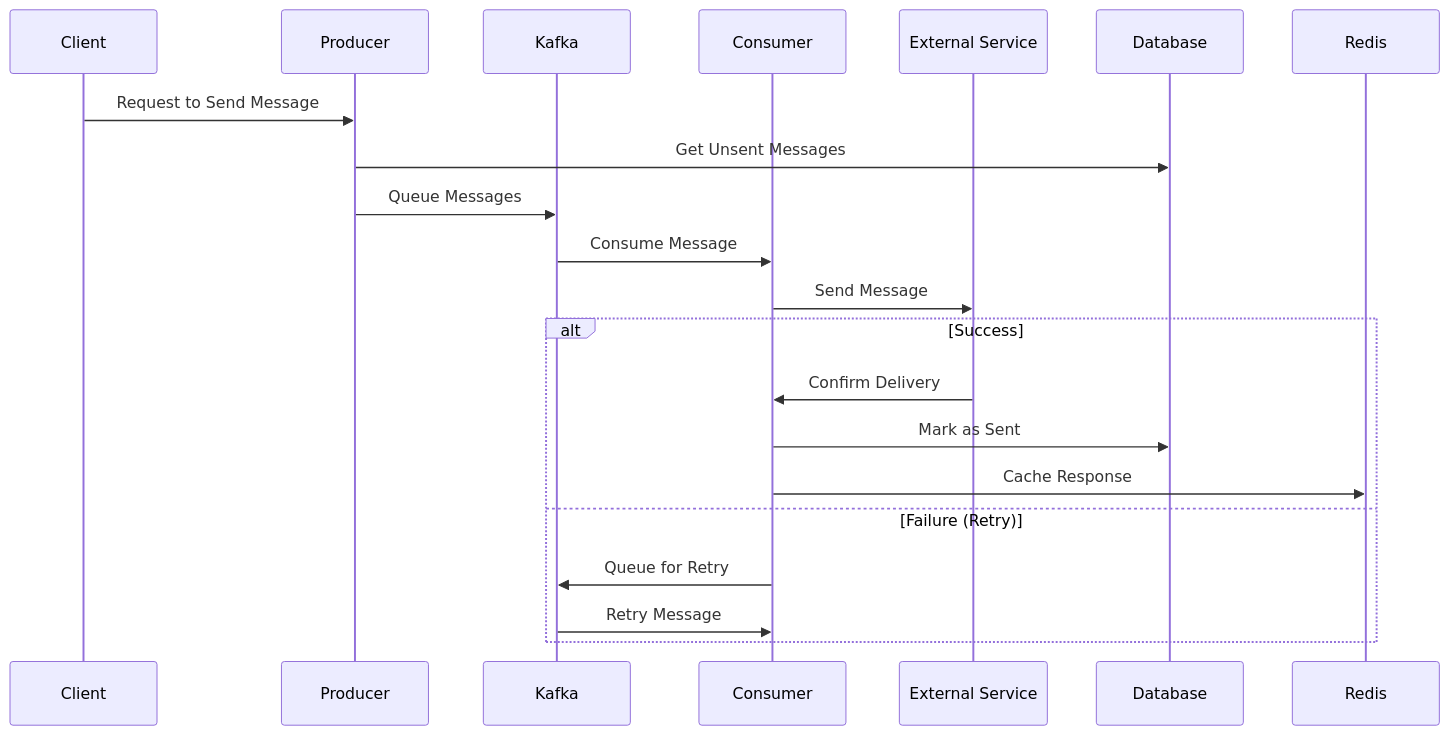
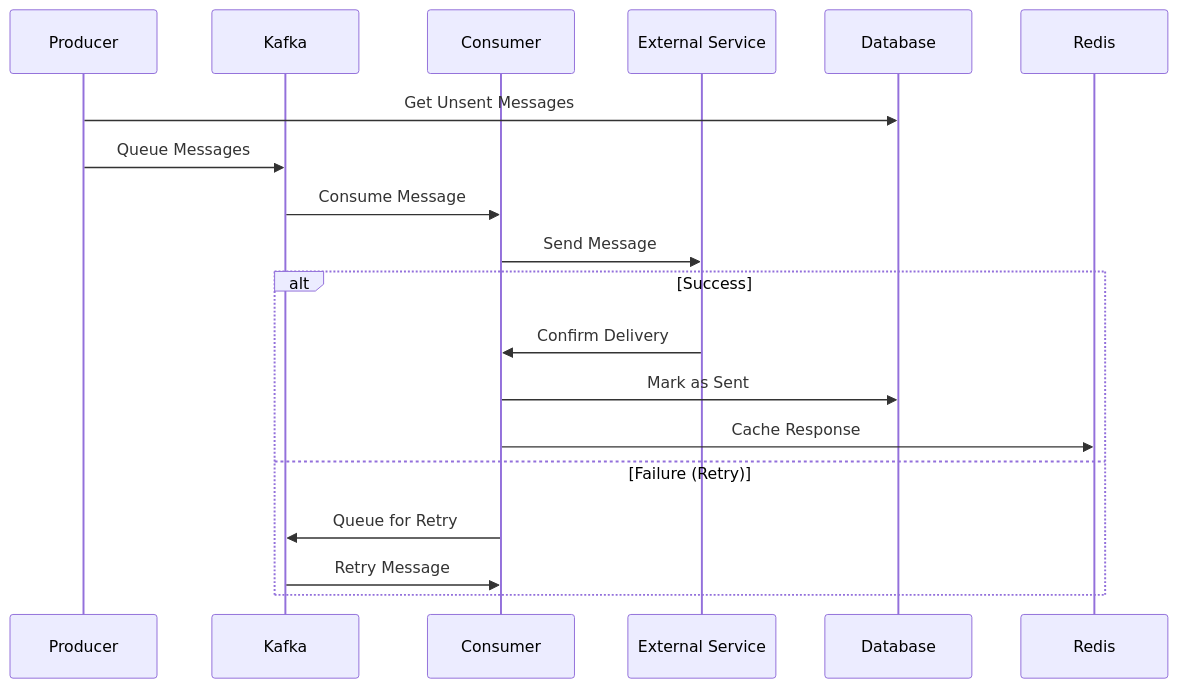
One commit to ozzy-cox/automatic-message-system changed the second of 3 diagrams in README.md. Above: the diagram before and after it, drawn with Mermaid. The commit also changed other lines of this file, not shown here.

````diff
--- a/README.md
+++ b/README.md
@@ -121,24 +122,22 @@
 ```mermaid
 sequenceDiagram
-    participant C as Client
     participant P as Producer
     participant K as Kafka
     participant Con as Consumer
     participant E as External Service
     participant D as Database
     participant R as Redis
 
-    C->>P: Request to Send Message
     P->>D: Get Unsent Messages
     P->>K: Queue Messages
     K->>Con: Consume Message
     Con->>E: Send Message
     alt Success
         E->>Con: Confirm Delivery
         Con->>D: Mark as Sent
         Con->>R: Cache Response
     else Failure (Retry)
         Con->>K: Queue for Retry
         K->>Con: Retry Message
     end
 ```
````
